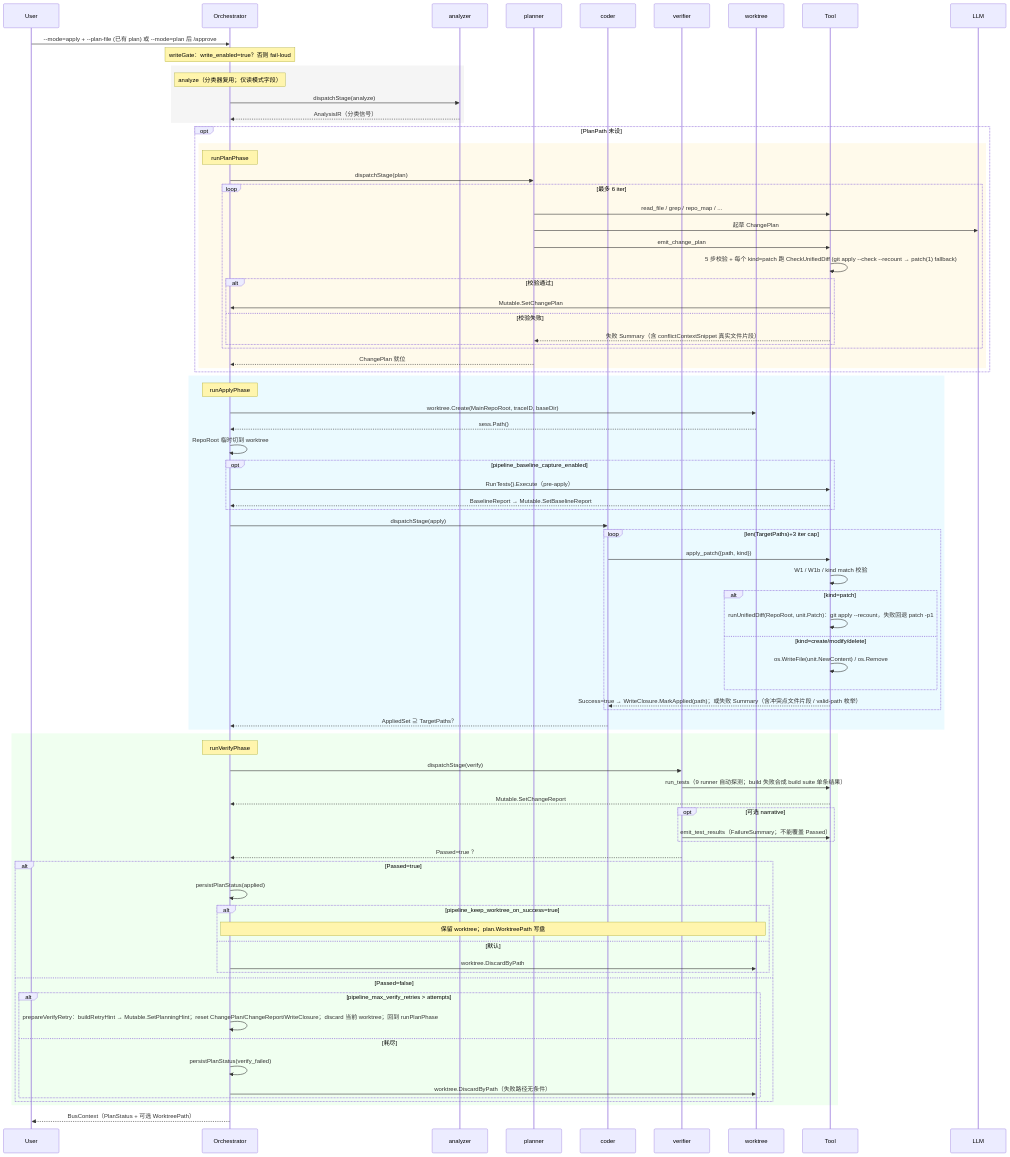
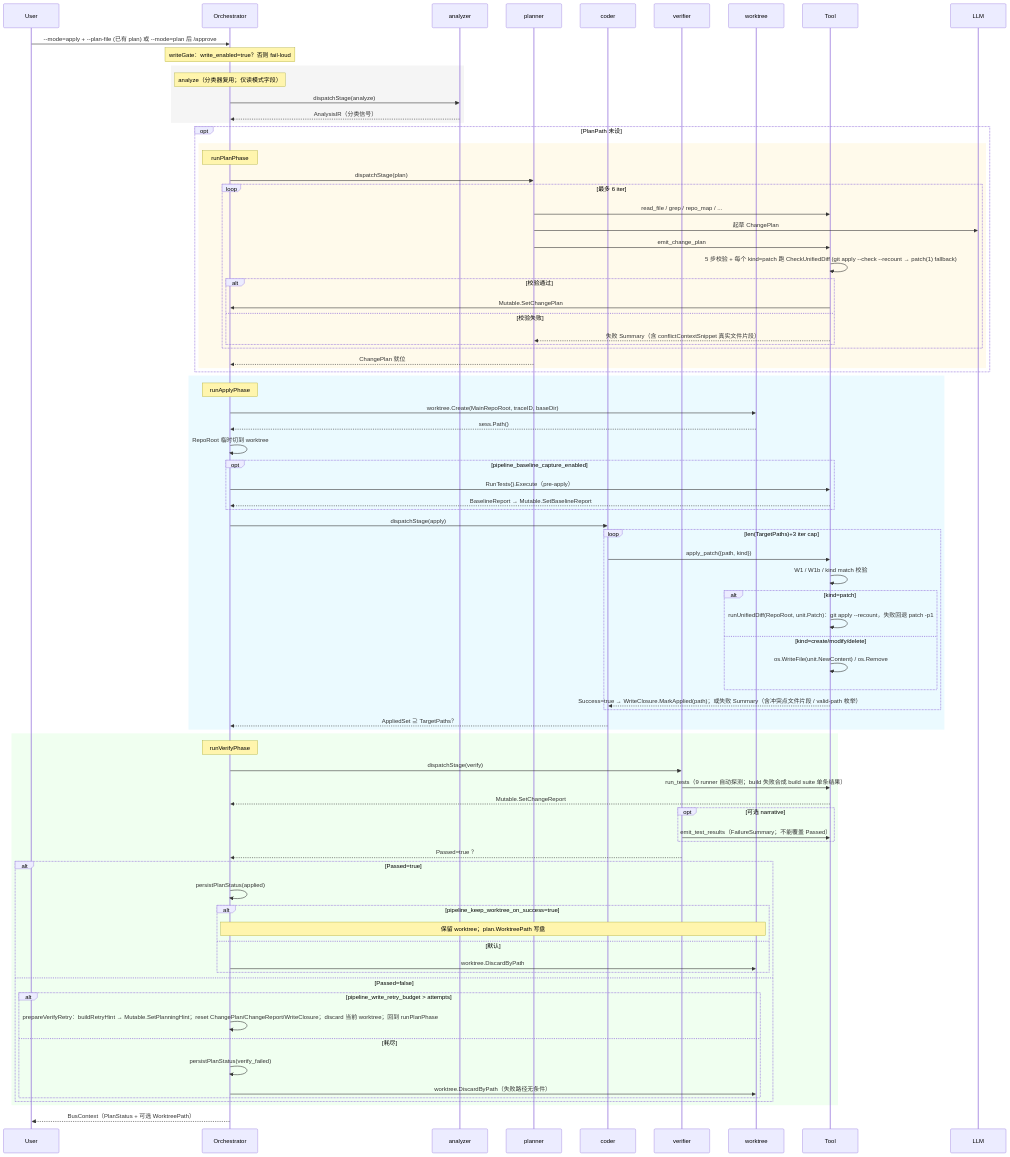
One commit to hanchaoqun/codrax changed the sixth of 6 diagrams in docs/architecture.md. Above: the diagram before and after it, drawn with Mermaid. The commit also changed other lines of this file and 37 other files, not shown here.

```diff
--- a/docs/architecture.md
+++ b/docs/architecture.md
@@ -1435,7 +1435,7 @@
             Orch->>WT: worktree.DiscardByPath
         end
     else Passed=false
-        alt pipeline_max_verify_retries > attempts
+        alt pipeline_write_retry_budget > attempts
             Orch->>Orch: prepareVerifyRetry：buildRetryHint → Mutable.SetPlanningHint；reset ChangePlan/ChangeReport/WriteClosure；discard 当前 worktree；回到 runPlanPhase
         else 耗尽
             Orch->>Orch: persistPlanStatus(verify_failed)
```
